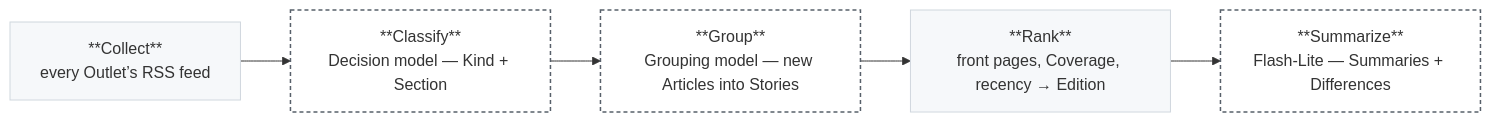
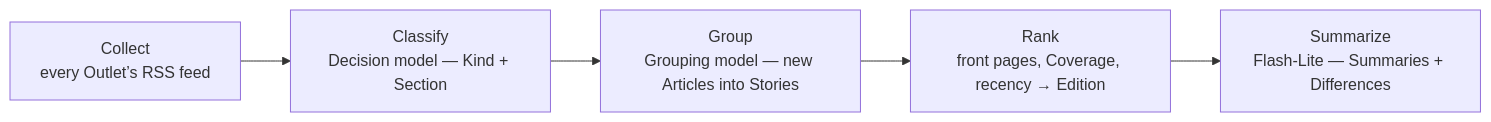
One commit to adesurirey/prisme changed the diagram in README.md. Above: the diagram before and after it, drawn with Mermaid. The commit also changed other lines of this file, not shown here.

Commit message:
docs: simplify the README mermaid schema
Drop the custom node styling and the dashed/plain legend: mermaid
doesn't render bold in quoted labels and the classDef colors came
out broken on GitHub. Default look, five nodes left to right.

````diff
--- a/README.md
+++ b/README.md
@@ -12,12 +12,7 @@
 ```mermaid
 flowchart LR
-    A["**Collect**\nevery Outlet’s RSS feed"] --> B["**Classify**\nDecision model — Kind + Section"]
-    B --> C["**Group**\nGrouping model — new Articles into Stories"]
-    C --> D["**Rank**\nfront pages, Coverage, recency → Edition"]
-    D --> E["**Summarize**\nFlash-Lite — Summaries + Differences"]
-
-    classDef io fill:#f6f8fa,stroke:#d0d7de,stroke-width:1px
-    classDef model fill:#fff,stroke:#57606a,stroke-width:1.5px,stroke-dasharray:4 3
-    class A,D io
-    class B,C,E model
+    A[Collect<br>every Outlet’s RSS feed] --> B[Classify<br>Decision model — Kind + Section]
+    B --> C[Group<br>Grouping model — new Articles into Stories]
+    C --> D[Rank<br>front pages, Coverage, recency → Edition]
+    D --> E[Summarize<br>Flash-Lite — Summaries + Differences]
 ```
````
